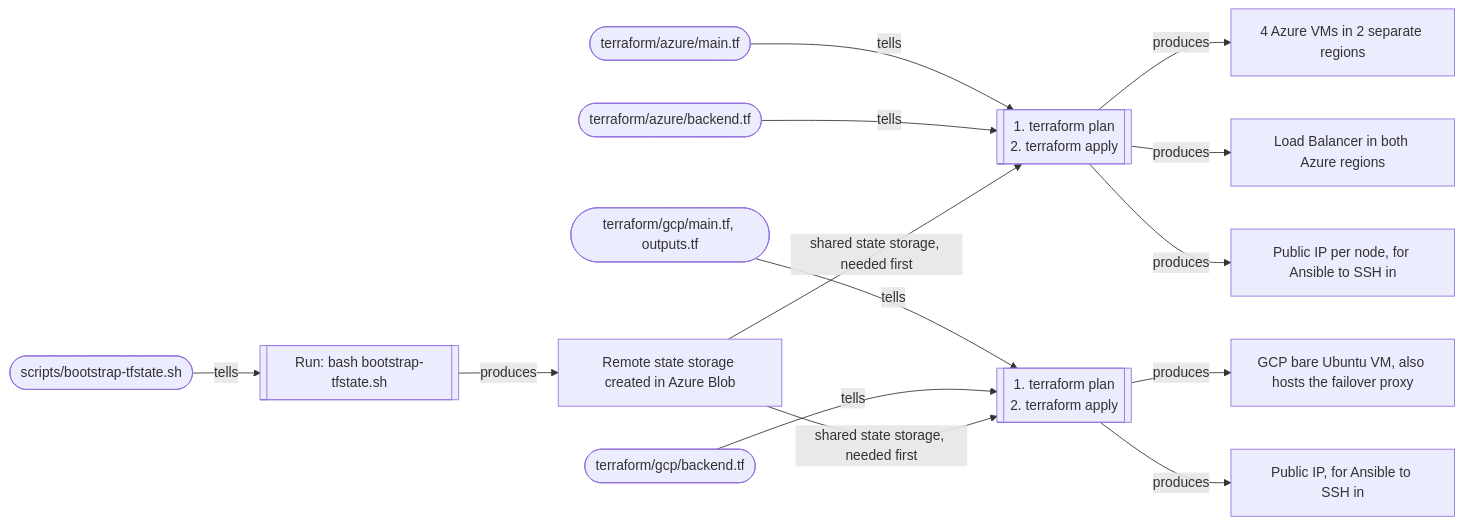
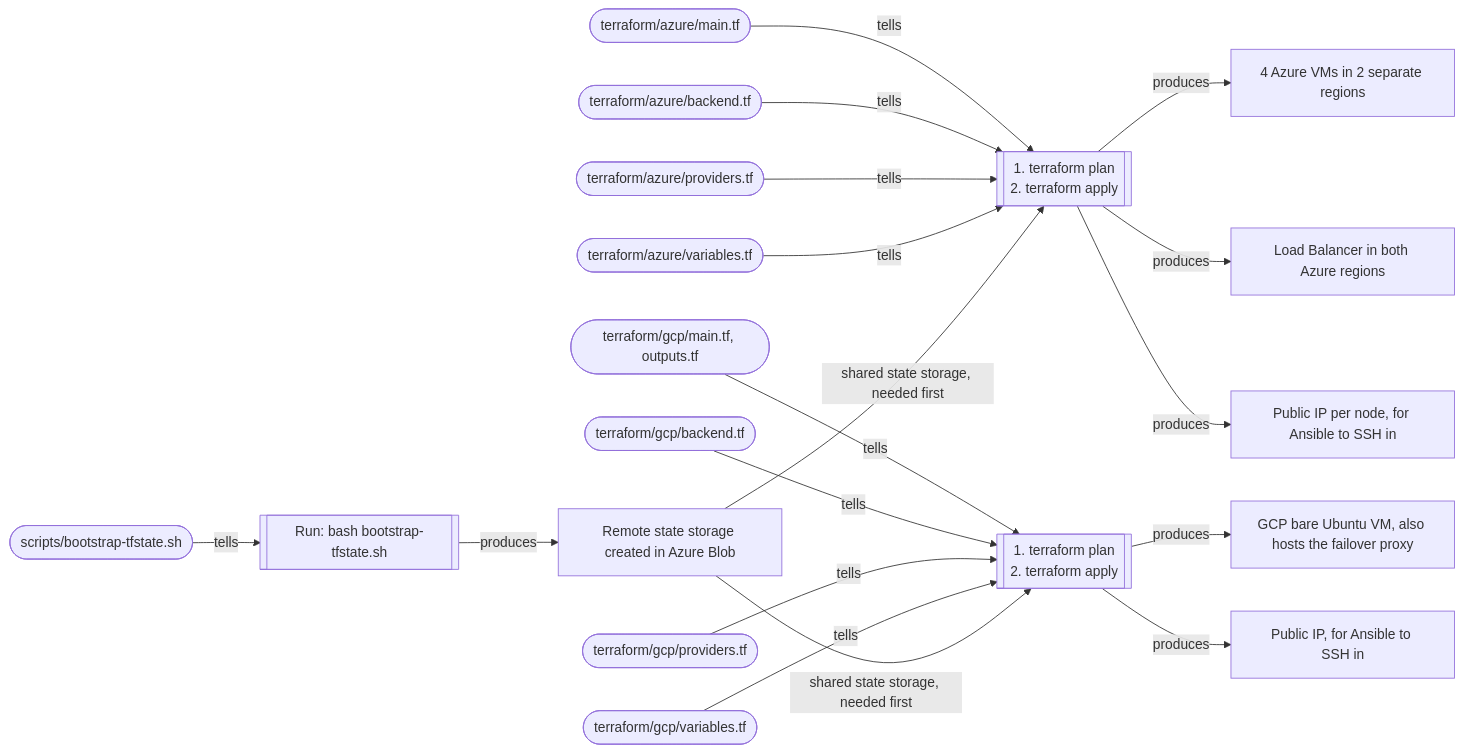
Before and after one commit to Dennis4507/cloud-native-ha-platform: the second of 5 diagrams in README.md, drawn with Mermaid. The commit also changed other lines of this file, not shown here.

First line of the commit message:
Phase 1: add providers.tf and variables.tf, list the 3 auto-generated files

````diff
--- a/README.md
+++ b/README.md
@@ -53,18 +53,22 @@
 ```mermaid
 flowchart LR
     F0(["scripts/bootstrap-tfstate.sh"]) -->|tells| CMD0[["Run: bash bootstrap-tfstate.sh"]]
     CMD0 -->|produces| OUT0["Remote state storage created in Azure Blob"]
 
     TFAZ(["terraform/azure/main.tf"]) -->|tells| CMD1[["1. terraform plan<br/>2. terraform apply"]]
     BEAZ(["terraform/azure/backend.tf"]) -->|tells| CMD1
+    PROVAZ(["terraform/azure/providers.tf"]) -->|tells| CMD1
+    VARAZ(["terraform/azure/variables.tf"]) -->|tells| CMD1
     OUT0 -->|shared state storage, needed first| CMD1
     CMD1 -->|produces| OUT1A["4 Azure VMs in 2 separate regions"]
     CMD1 -->|produces| OUT1B["Load Balancer in both Azure regions"]
     CMD1 -->|produces| OUT1C["Public IP per node, for Ansible to SSH in"]
 
     TFGCP(["terraform/gcp/main.tf, outputs.tf"]) -->|tells| CMD2[["1. terraform plan<br/>2. terraform apply"]]
     BEGCP(["terraform/gcp/backend.tf"]) -->|tells| CMD2
+    PROVGCP(["terraform/gcp/providers.tf"]) -->|tells| CMD2
+    VARGCP(["terraform/gcp/variables.tf"]) -->|tells| CMD2
     OUT0 -->|shared state storage, needed first| CMD2
     CMD2 -->|produces| OUT2["GCP bare Ubuntu VM, also hosts the failover proxy"]
     CMD2 -->|produces| OUT2IP["Public IP, for Ansible to SSH in"]
 ```
````
